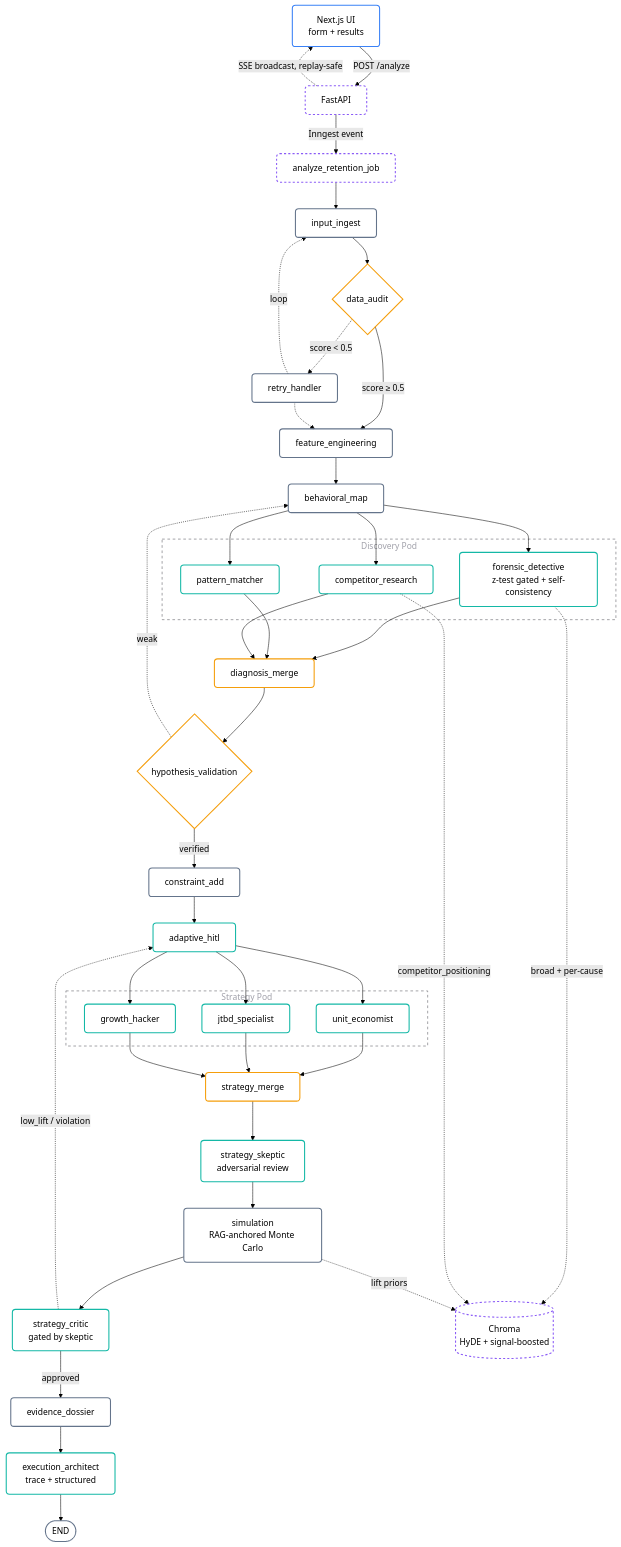
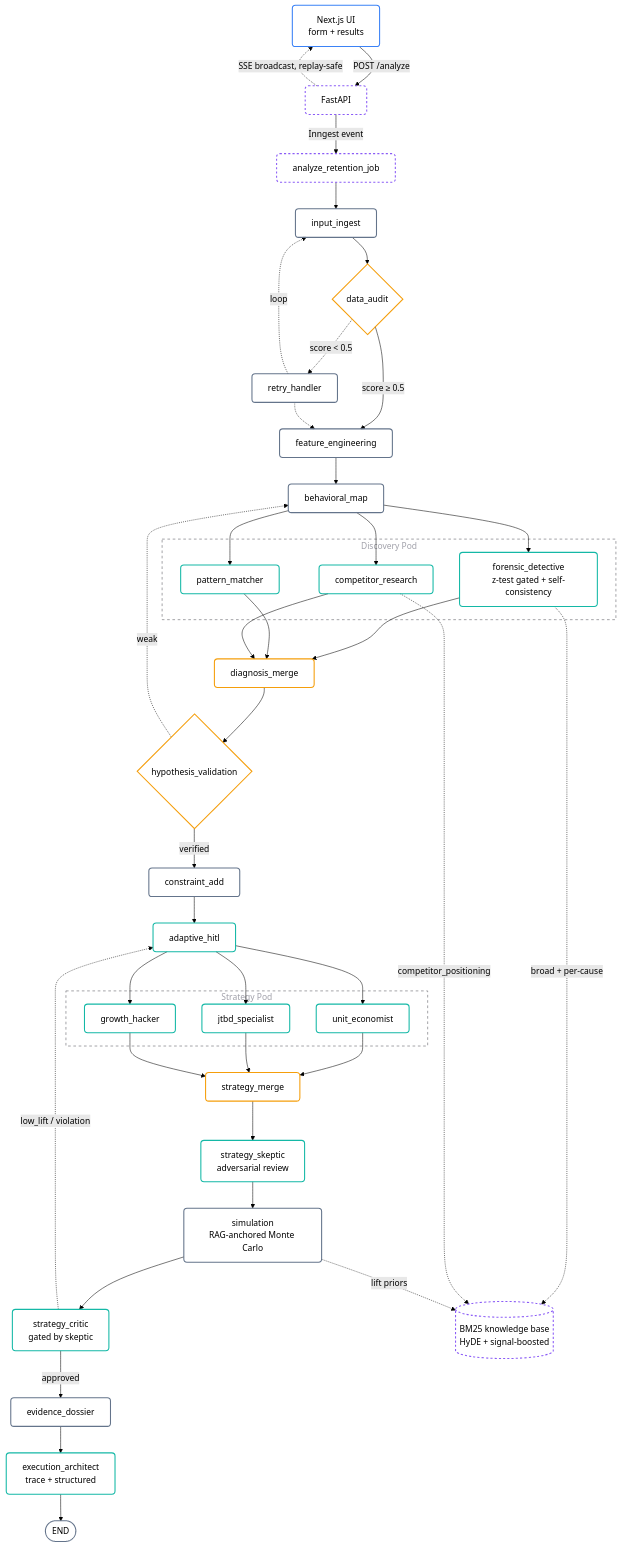
One commit to ManasSaxena14/Churnly changed the first of 3 diagrams in README.md. Above: the diagram before and after it, drawn with Mermaid (forest theme). The commit also changed other lines of this file and 7 other files, not shown here.

````diff
--- a/README.md
+++ b/README.md
@@ -109,65 +109,65 @@
 ```mermaid
 flowchart TD
     classDef default fill:transparent,stroke:#52525B,stroke-width:1px,rx:6px,ry:6px;
     classDef ui fill:transparent,stroke:#3b82f6,stroke-width:2px,rx:6px,ry:6px;
     classDef ext fill:transparent,stroke:#8b5cf6,stroke-width:2px,stroke-dasharray: 4 4,rx:6px,ry:6px;
     classDef agent fill:transparent,stroke:#14b8a6,stroke-width:2px,rx:6px,ry:6px;
     classDef util fill:transparent,stroke:#64748b,stroke-width:2px,rx:6px,ry:6px;
     classDef gate fill:transparent,stroke:#f59e0b,stroke-width:2px,rx:6px,ry:6px;
 
     UI[Next.js UI<br/>form + results]:::ui -->|POST /analyze| API[FastAPI]:::ext
     API -.->|SSE broadcast, replay-safe| UI
     API -->|Inngest event| JOB[analyze_retention_job]:::ext
     JOB --> II
 
     %% LangGraph Pipeline
     II[input_ingest]:::util --> DA{data_audit}:::gate
 
     DA -->|score ≥ 0.5| FE[feature_engineering]:::util
     DA -.->|score &lt; 0.5| RH[retry_handler]:::util
     RH -.-> FE
 
     FE --> BM[behavioral_map]:::util
 
     subgraph Discovery [Discovery Pod]
         FD[forensic_detective<br/>z-test gated + self-consistency]:::agent
         PM[pattern_matcher]:::agent
         CR[competitor_research]:::agent
     end
     style Discovery fill:none,stroke:#52525B,stroke-width:1px,stroke-dasharray:5 5,color:#A1A1AA
 
     BM --> FD & PM & CR
     FD & PM & CR --> DM[diagnosis_merge]:::gate
 
     DM --> HV{hypothesis_validation}:::gate
     HV -->|verified| CA[constraint_add]:::util
 
     CA --> HITL[adaptive_hitl]:::agent
 
     subgraph Strategy [Strategy Pod]
         UE[unit_economist]:::agent
         JTBD[jtbd_specialist]:::agent
         GH[growth_hacker]:::agent
     end
     style Strategy fill:none,stroke:#52525B,stroke-width:1px,stroke-dasharray:5 5,color:#A1A1AA
 
     HITL --> UE & JTBD & GH
     UE & JTBD & GH --> SM[strategy_merge]:::gate
 
     SM --> SK[strategy_skeptic<br/>adversarial review]:::agent
     SK --> SIM[simulation<br/>RAG-anchored Monte Carlo]:::util
     SIM --> SC[strategy_critic<br/>gated by skeptic]:::agent
     SC -->|approved| ED[evidence_dossier]:::util
     ED --> EA[execution_architect<br/>trace + structured]:::agent
     EA --> END([END]):::util
 
     %% Loops
     RH -.->|loop| II
     HV -.->|weak| BM
     SC -.->|low_lift / violation| HITL
 
-    RAG[(Chroma<br/>HyDE + signal-boosted)]:::ext
+    RAG[(BM25 knowledge base<br/>HyDE + signal-boosted)]:::ext
     FD -.->|broad + per-cause| RAG
     CR -.->|competitor_positioning| RAG
     SIM -.->|lift priors| RAG
 ```
````
